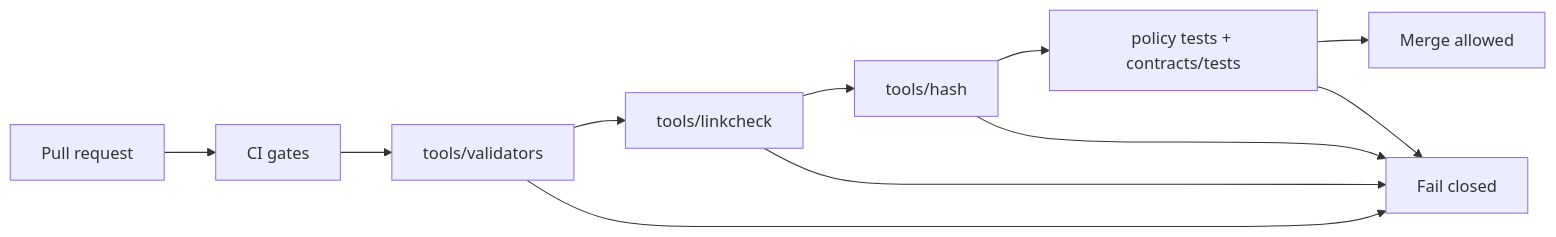
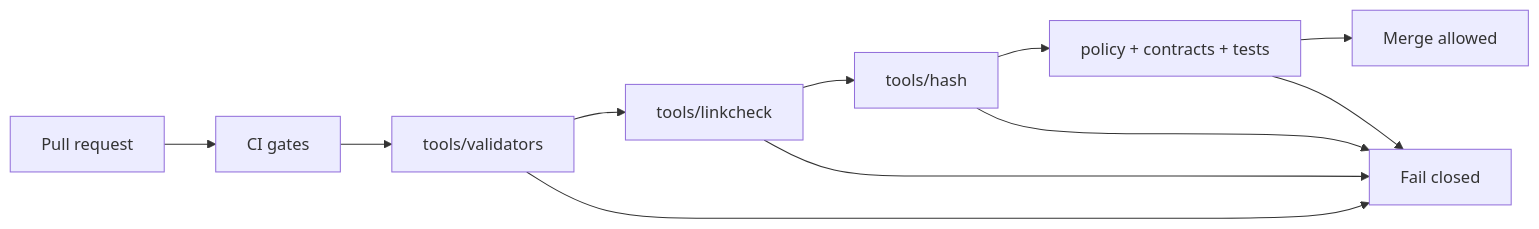
Before and after one commit to bartytime4life/Kansas-Frontier-Matrix: the diagram in tools/README.md, drawn with Mermaid. The commit also changed other lines of this file, not shown here.

````diff
--- a/tools/README.md
+++ b/tools/README.md
@@ -291,14 +238,14 @@
 ```mermaid
 flowchart LR
   PR[Pull request] --> CI[CI gates]
   CI --> V[tools/validators]
   V --> L[tools/linkcheck]
   L --> H[tools/hash]
-  H --> P[policy tests + contracts/tests]
+  H --> P[policy + contracts + tests]
   P --> OK[Merge allowed]
 
   V --> BLOCK[Fail closed]
   L --> BLOCK
   H --> BLOCK
   P --> BLOCK
 ```
````
